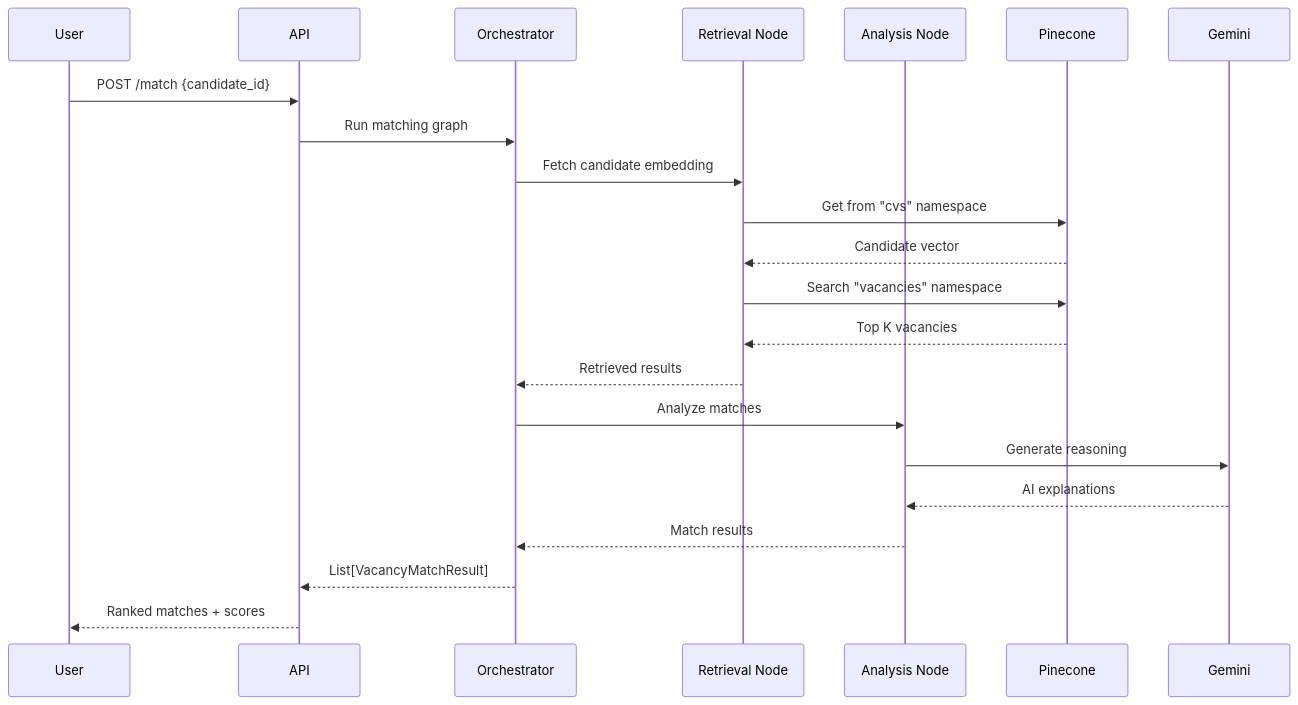
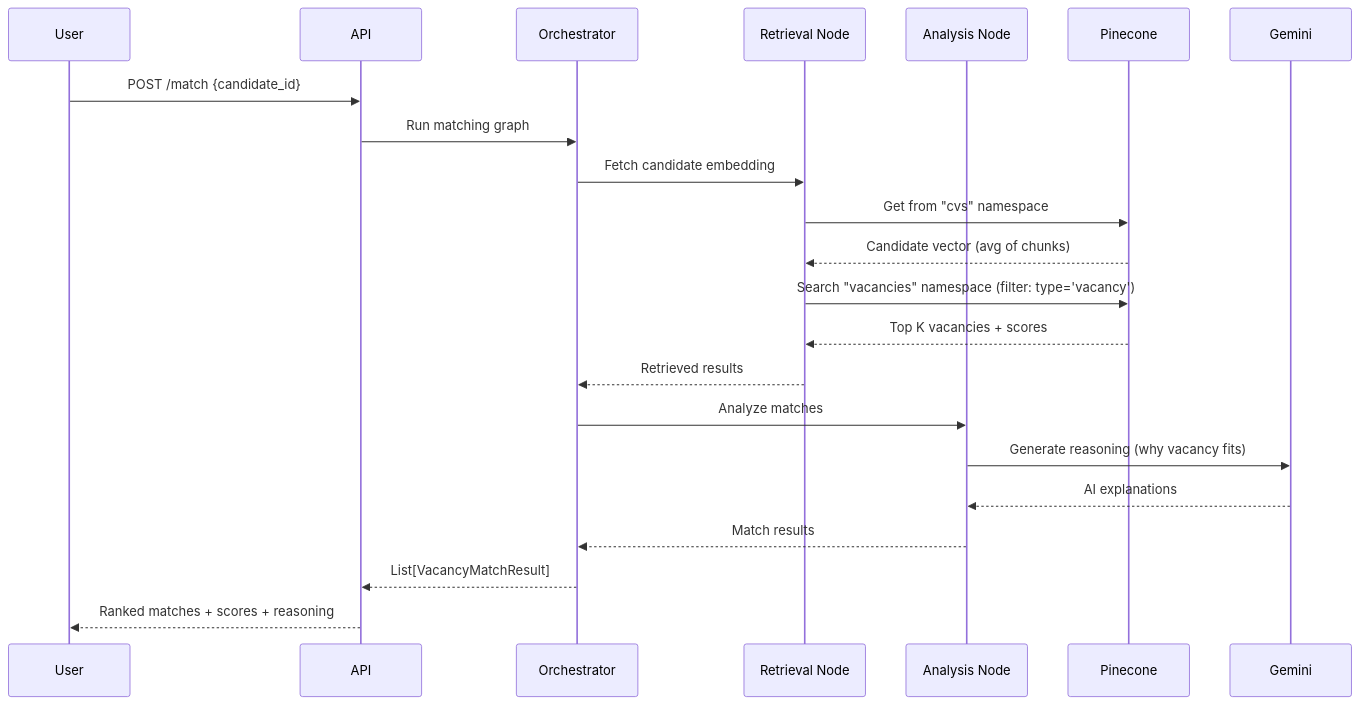
Before and after one commit to kkonst-bond-edu/funds-search: the fourth of 4 diagrams in README.md, drawn with Mermaid. The commit also changed other lines of this file, not shown here.

Commit message:
Merge README and VACANCY_MATCHING_SUMMARY, remove License section

````diff
--- a/README.md
+++ b/README.md
@@ -263,25 +280,25 @@
 ```mermaid
 sequenceDiagram
     participant U as User
     participant A as API
     participant O as Orchestrator
     participant R as Retrieval Node
     participant An as Analysis Node
     participant P as Pinecone
     participant G as Gemini
     
     U->>A: POST /match {candidate_id}
     A->>O: Run matching graph
     O->>R: Fetch candidate embedding
     R->>P: Get from "cvs" namespace
-    P-->>R: Candidate vector
-    R->>P: Search "vacancies" namespace
-    P-->>R: Top K vacancies
+    P-->>R: Candidate vector (avg of chunks)
+    R->>P: Search "vacancies" namespace (filter: type='vacancy')
+    P-->>R: Top K vacancies + scores
     R-->>O: Retrieved results
     O->>An: Analyze matches
-    An->>G: Generate reasoning
+    An->>G: Generate reasoning (why vacancy fits)
     G-->>An: AI explanations
     An-->>O: Match results
     O-->>A: List[VacancyMatchResult]
-    A-->>U: Ranked matches + scores
+    A-->>U: Ranked matches + scores + reasoning
 ```
````
